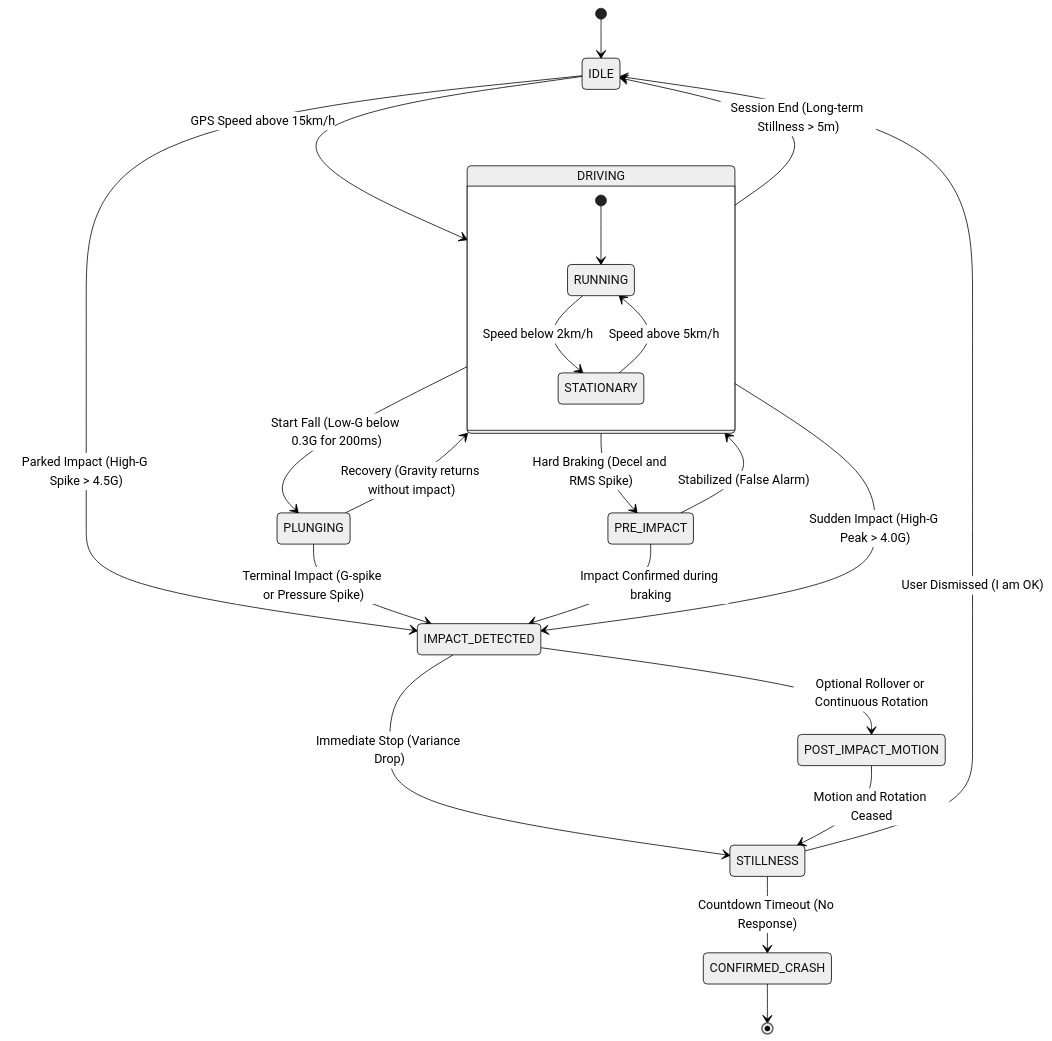
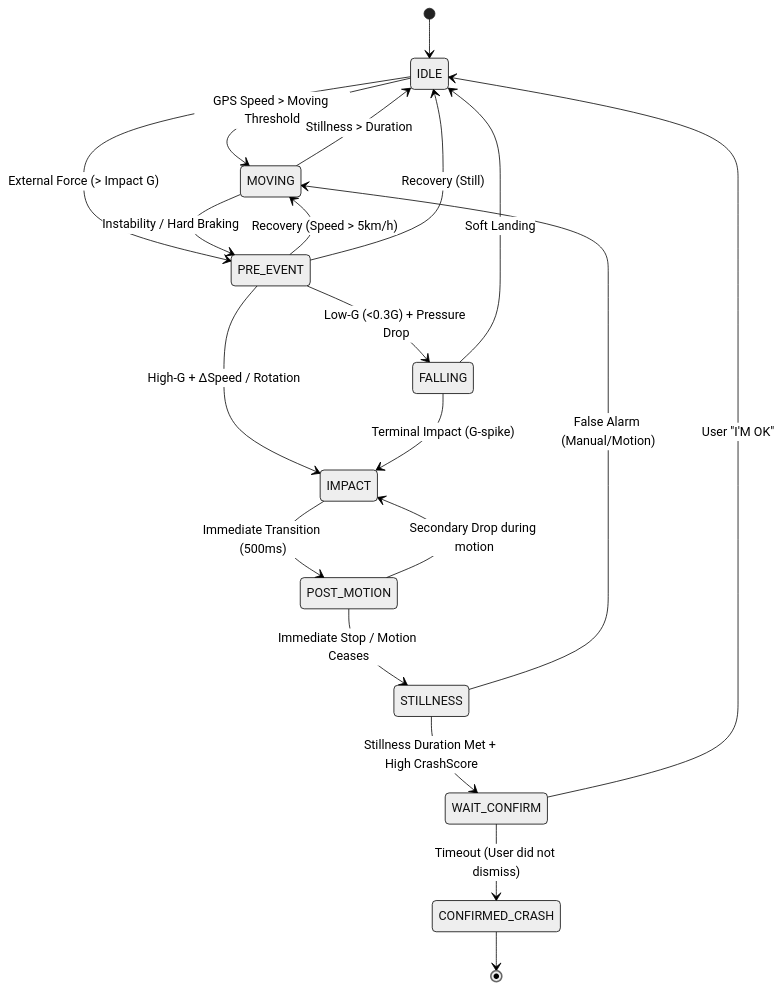
The diagram in README.md (romntica/Watch2Out), drawn with Mermaid (neutral theme) before and after one commit. The commit also changed other lines of this file and 22 other files, not shown here.

````diff
--- a/README.md
+++ b/README.md
@@ -36,37 +29,37 @@
 ```mermaid
 stateDiagram-v2
     [*] --> IDLE
+
+    %% Movement Detection
+    IDLE --> MOVING : GPS Speed > Moving Threshold
+    MOVING --> IDLE : Stillness > Duration
+
+    %% Universal Event Entry (Pedestrian impact coverage)
+    IDLE --> PRE_EVENT : External Force (> Impact G)
+    MOVING --> PRE_EVENT : Instability / Hard Braking
+
+    %% Pre-Event Filtering
+    PRE_EVENT --> IMPACT : High-G + ΔSpeed / Rotation
+    PRE_EVENT --> FALLING : Low-G (<0.3G) + Pressure Drop
+    PRE_EVENT --> MOVING : Recovery (Speed > 5km/h)
+    PRE_EVENT --> IDLE : Recovery (Still)
+
+    %% Falling Sequence
+    FALLING --> IMPACT : Terminal Impact (G-spike)
+    FALLING --> IDLE : Soft Landing
+
+    %% Impact Analysis
+    IMPACT --> POST_MOTION : Immediate Transition (500ms)
     
-    IDLE --> DRIVING : GPS Speed above 15km/h
-    IDLE --> IMPACT_DETECTED : Parked Impact (High-G Spike > 4.5G)
-    DRIVING --> IDLE : Session End (Long-term Stillness > 5m)
+    %% Post-Motion Analysis
+    POST_MOTION --> STILLNESS : Immediate Stop / Motion Ceases
+    POST_MOTION --> IMPACT : Secondary Drop during motion
 
-    state DRIVING {
-        [*] --> RUNNING
-        RUNNING --> STATIONARY : Speed below 2km/h
-        STATIONARY --> RUNNING : Speed above 5km/h
-    }
-
-    %% Impact Paths
-    DRIVING --> PRE_IMPACT : Hard Braking (Decel and RMS Spike)
-    DRIVING --> IMPACT_DETECTED : Sudden Impact (High-G Peak > 4.0G)
+    %% Confirmation Phase
+    STILLNESS --> WAIT_CONFIRM : Stillness Duration Met + High CrashScore
+    STILLNESS --> MOVING : False Alarm (Manual/Motion)
     
-    %% Plunge Sequence
-    DRIVING --> PLUNGING : Start Fall (Low-G below 0.3G for 200ms)
-    PLUNGING --> IMPACT_DETECTED : Terminal Impact (G-spike or Pressure Spike)
-    PLUNGING --> DRIVING : Recovery (Gravity returns without impact)
-    
-    PRE_IMPACT --> IMPACT_DETECTED : Impact Confirmed during braking
-    PRE_IMPACT --> DRIVING : Stabilized (False Alarm)
-
-    %% Post-Impact Analysis
-    IMPACT_DETECTED --> POST_IMPACT_MOTION : Optional Rollover or Continuous Rotation
-    IMPACT_DETECTED --> STILLNESS : Immediate Stop (Variance Drop)
-    
-    POST_IMPACT_MOTION --> STILLNESS : Motion and Rotation Ceased
-
-    %% Final Confirmation
-    STILLNESS --> CONFIRMED_CRASH : Countdown Timeout (No Response)
-    STILLNESS --> IDLE : User Dismissed (I am OK)
+    WAIT_CONFIRM --> CONFIRMED_CRASH : Timeout (User did not dismiss)
+    WAIT_CONFIRM --> IDLE : User "I'M OK"
     CONFIRMED_CRASH --> [*]
 ```
````
